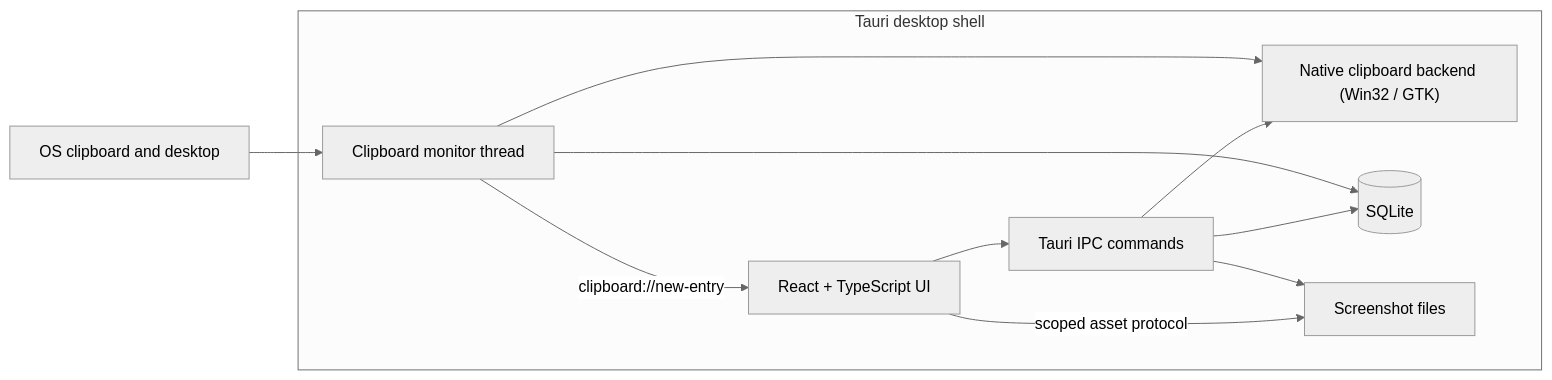
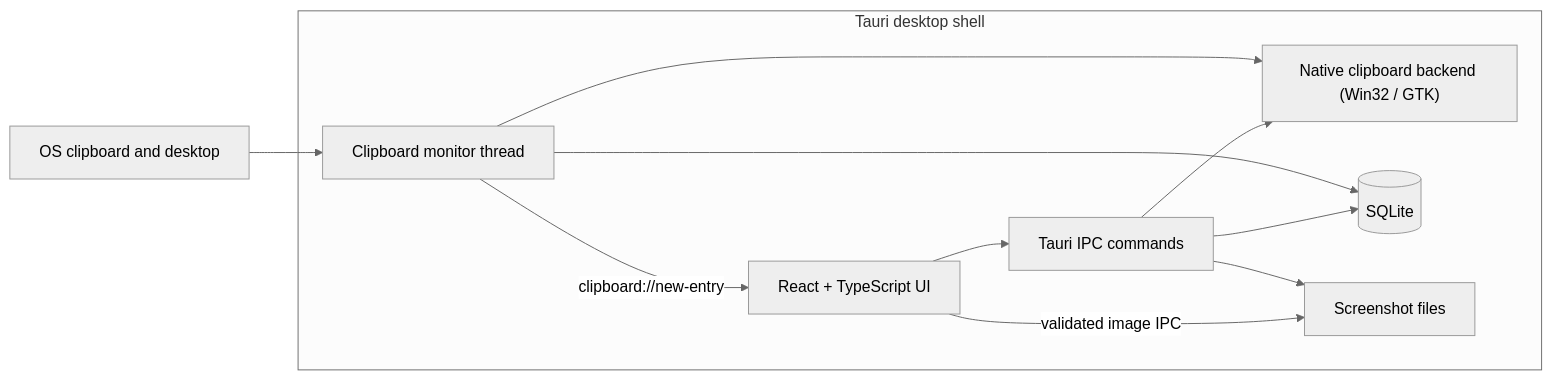
The diagram in README.md (reddy895/LucidClip), drawn with Mermaid (neutral theme) before and after one commit. The commit also changed other lines of this file and 4 other files, not shown here.

Commit message:
docs: describe validated image delivery and gallery behavior

````diff
--- a/README.md
+++ b/README.md
@@ -125,21 +126,21 @@
 ```mermaid
 flowchart LR
     subgraph Desktop["Tauri desktop shell"]
         UI["React + TypeScript UI"]
         IPC["Tauri IPC commands"]
         MON["Clipboard monitor thread"]
         CAP["Native clipboard backend (Win32 / GTK)"]
         DB[("SQLite")]
         FILES["Screenshot files"]
     end
 
     OS["OS clipboard and desktop"] --> MON
     MON --> CAP
     MON --> DB
     MON -->|clipboard://new-entry| UI
     UI --> IPC
     IPC --> CAP
     IPC --> DB
     IPC --> FILES
-    UI -->|scoped asset protocol| FILES
+    UI -->|validated image IPC| FILES
 ```
````
